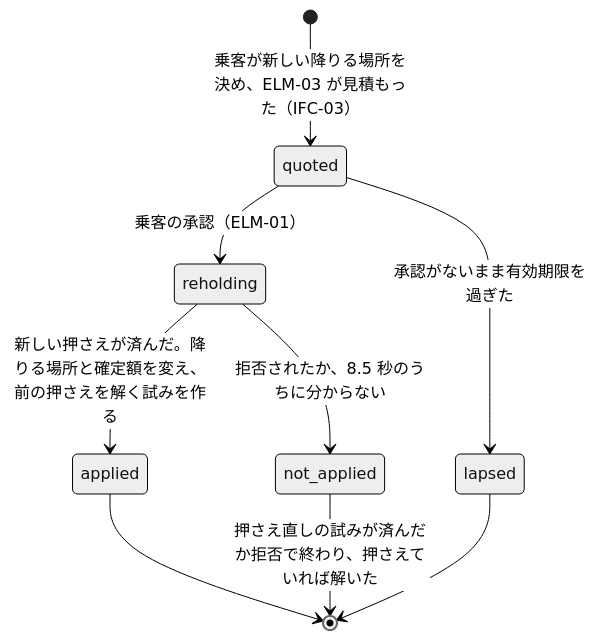
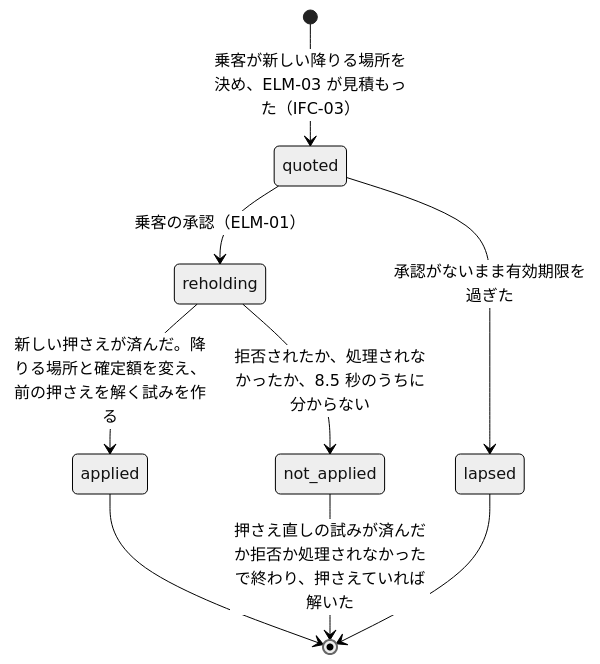
Before and after one commit to Taro000/ride-hailing-app-demo: diagram 57 of 57 in docs/design/3-high-level-design.md, drawn with Mermaid (neutral theme). The commit also changed other lines of this file and 27 other files, not shown here.

````diff
--- a/docs/design/3-high-level-design.md
+++ b/docs/design/3-high-level-design.md
@@ -1735,11 +1780,11 @@
 ```mermaid
 stateDiagram-v2
   [*] --> quoted: 乗客が新しい降りる場所を決め、ELM-03 が見積もった（IFC-03）
   quoted --> reholding: 乗客の承認（ELM-01）
   quoted --> lapsed: 承認がないまま有効期限を過ぎた
   reholding --> applied: 新しい押さえが済んだ。降りる場所と確定額を変え、前の押さえを解く試みを作る
-  reholding --> not_applied: 拒否されたか、8.5 秒のうちに分からない
+  reholding --> not_applied: 拒否されたか、処理されなかったか、8.5 秒のうちに分からない
   applied --> [*]
-  not_applied --> [*]: 押さえ直しの試みが済んだか拒否で終わり、押さえていれば解いた
+  not_applied --> [*]: 押さえ直しの試みが済んだか拒否か処理されなかったで終わり、押さえていれば解いた
   lapsed --> [*]
 ```
````
